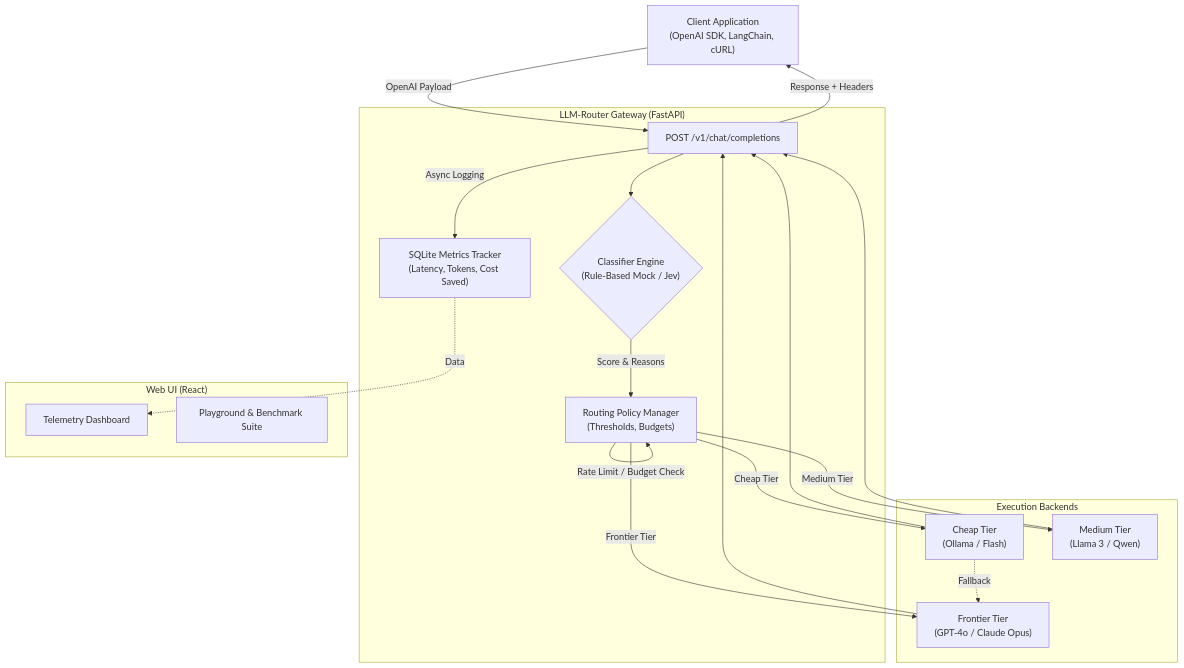
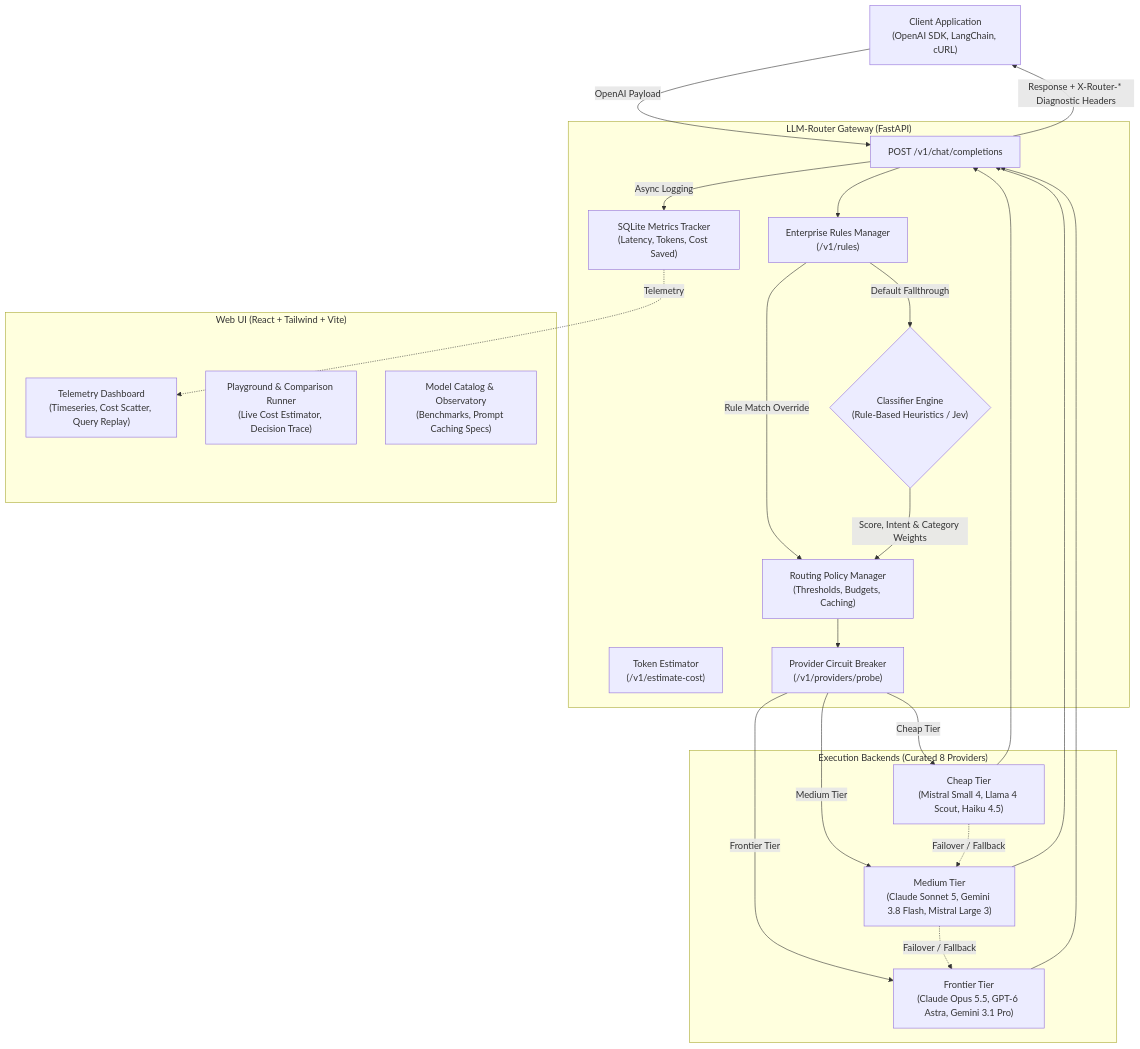
The diagram in README.md (Ricos33/LLM-Router), drawn with Mermaid before and after one commit. The commit also changed other lines of this file, not shown here.

Commit message:
docs: enrich portfolio README with 100 passing tests badge, rules engine architecture, and prompt caching specs

````diff
--- a/README.md
+++ b/README.md
@@ -73,37 +78,44 @@
 ```mermaid
 flowchart TD
     Client["Client Application\n(OpenAI SDK, LangChain, cURL)"]
     
     subgraph Gateway ["LLM-Router Gateway (FastAPI)"]
         API["POST /v1/chat/completions"]
-        Classifier{"Classifier Engine\n(Rule-Based Mock / Jev)"}
-        Policy["Routing Policy Manager\n(Thresholds, Budgets)"]
+        Estimator["Token Estimator\n(/v1/estimate-cost)"]
+        Rules["Enterprise Rules Manager\n(/v1/rules)"]
+        Classifier{"Classifier Engine\n(Rule-Based Heuristics / Jev)"}
+        CircuitBreaker["Provider Circuit Breaker\n(/v1/providers/probe)"]
+        Policy["Routing Policy Manager\n(Thresholds, Budgets, Caching)"]
         Metrics["SQLite Metrics Tracker\n(Latency, Tokens, Cost Saved)"]
     end
     
-    subgraph Backends ["Execution Backends"]
-        Cheap["Cheap Tier\n(Ollama / Flash)"]
-        Medium["Medium Tier\n(Llama 3 / Qwen)"]
-        Frontier["Frontier Tier\n(GPT-4o / Claude Opus)"]
+    subgraph Backends ["Execution Backends (Curated 8 Providers)"]
+        Cheap["Cheap Tier\n(Mistral Small 4, Llama 4 Scout, Haiku 4.5)"]
+        Medium["Medium Tier\n(Claude Sonnet 5, Gemini 3.8 Flash, Mistral Large 3)"]
+        Frontier["Frontier Tier\n(Claude Opus 5.5, GPT-6 Astra, Gemini 3.1 Pro)"]
     end
     
-    subgraph Analytics ["Web UI (React)"]
-        Dashboard["Telemetry Dashboard"]
-        Playground["Playground & Benchmark Suite"]
+    subgraph Analytics ["Web UI (React + Tailwind + Vite)"]
+        Dashboard["Telemetry Dashboard\n(Timeseries, Cost Scatter, Query Replay)"]
+        Playground["Playground & Comparison Runner\n(Live Cost Estimator, Decision Trace)"]
+        CatalogTab["Model Catalog & Observatory\n(Benchmarks, Prompt Caching Specs)"]
     end
 
     Client -->|OpenAI Payload| API
-    API --> Classifier
-    Classifier -->|Score & Reasons| Policy
-    Policy -->|Rate Limit / Budget Check| Policy
-    Policy -->|Cheap Tier| Cheap
-    Policy -->|Medium Tier| Medium
-    Policy -->|Frontier Tier| Frontier
-    Cheap -.->|Fallback| Frontier
+    API --> Rules
+    Rules -->|Rule Match Override| Policy
+    Rules -->|Default Fallthrough| Classifier
+    Classifier -->|Score, Intent & Category Weights| Policy
+    Policy --> CircuitBreaker
+    CircuitBreaker -->|Cheap Tier| Cheap
+    CircuitBreaker -->|Medium Tier| Medium
+    CircuitBreaker -->|Frontier Tier| Frontier
+    Cheap -.->|Failover / Fallback| Medium
+    Medium -.->|Failover / Fallback| Frontier
     Cheap --> API
     Medium --> API
     Frontier --> API
     API -->|Async Logging| Metrics
-    Metrics -.->|Data| Dashboard
-    API -->|Response + Headers| Client
+    Metrics -.->|Telemetry| Dashboard
+    API -->|Response + X-Router-* Diagnostic Headers| Client
 ```
````
